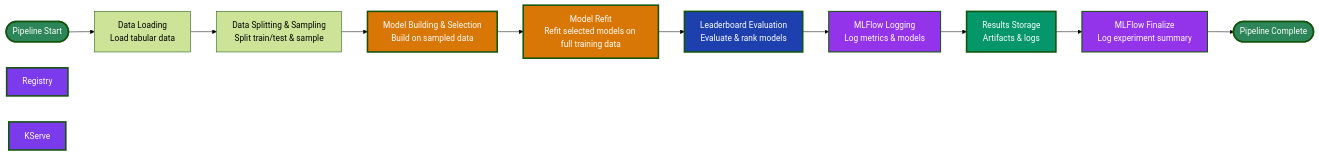
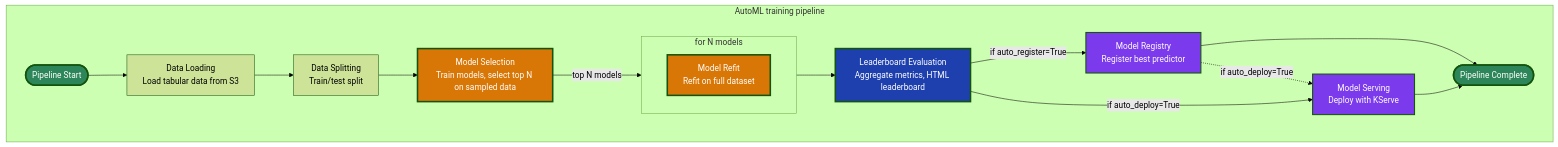
The diagram in architecture-decision-records/automl/ODH-ADR-0001-automl.md (opendatahub-io/architecture-decision-records), drawn with Mermaid (forest theme) before and after one commit. The commit also changed other lines of this file, not shown here.

Commit message:
addressing Ana's feedback on autoML

````diff
--- a/architecture-decision-records/automl/ODH-ADR-0001-automl.md
+++ b/architecture-decision-records/automl/ODH-ADR-0001-automl.md
@@ -79,25 +80,28 @@
 ```mermaid
-flowchart LR
-    Start([Pipeline Start]) --> DataLoad["Data Loading<br/>Load tabular data"]
-    DataLoad --> DataSplit["Data Splitting & Sampling<br/>Split train/test & sample"]
-    DataSplit --> ModelBuild["Model Building & Selection<br/>Build on sampled data"]
-    ModelBuild --> ModelRefit["Model Refit<br/>Refit selected models on full training data"]
-    ModelRefit --> Leaderboard["Leaderboard Evaluation<br/>Evaluate & rank models"]
-    Leaderboard --> MLFlowLog["MLFlow Logging<br/>Log metrics & models"]
-    MLFlowLog --> ResultsStorage["Results Storage<br/>Artifacts & logs"]
-    ResultsStorage --> MLFlowFinal["MLFlow Finalize<br/>Log experiment summary"]
-    MLFlowFinal --> End([Pipeline Complete])
-    
-   
-    
+flowchart TB
+    subgraph pipeline["AutoML training pipeline"]
+        direction LR
+        Start([Pipeline Start]) --> DataLoad["Data Loading<br/>Load tabular data from S3"]
+        DataLoad --> DataSplit["Data Splitting<br/>Train/test split"]
+        DataSplit --> ModelSelect["Model Selection<br/>Train models, select top N on sampled data"]
+        ModelSelect -->|"top N models"| RefitLoop
+        subgraph RefitLoop["for N models"]
+            direction LR
+            ModelRefit["Model Refit<br/>Refit on full dataset"]
+        end
+        RefitLoop --> Leaderboard["Leaderboard Evaluation<br/>Aggregate metrics, HTML leaderboard"]
+        Leaderboard -->|"if auto_register=True"| ModelRegistry["Model Registry<br/>Register best predictor"]
+        ModelRegistry -.->|if auto_deploy=True| ModelServing
+        Leaderboard -->|"if auto_deploy=True"| ModelServing["Model Serving<br/>Deploy with KServe"]
+        ModelRegistry --> End([Pipeline Complete])
+        ModelServing --> End([Pipeline Complete])
+    end
+
     style Start fill:#2d8659,color:#fff,stroke-width:3px
     style End fill:#2d8659,color:#fff,stroke-width:3px
-    style ModelBuild fill:#d97706,color:#fff,stroke-width:3px
+    style ModelSelect fill:#d97706,color:#fff,stroke-width:3px
     style ModelRefit fill:#d97706,color:#fff,stroke-width:3px
     style Leaderboard fill:#1e40af,color:#fff,stroke-width:3px
-    style ResultsStorage fill:#059669,color:#fff,stroke-width:3px
-    style Registry fill:#7c3aed,color:#fff,stroke-width:3px
-    style KServe fill:#7c3aed,color:#fff,stroke-width:3px
-    style MLFlowLog fill:#9333ea,color:#fff,stroke-width:2px
-    style MLFlowFinal fill:#9333ea,color:#fff,stroke-width:2px
+    style ModelRegistry fill:#7c3aed,color:#fff,stroke-width:2px
+    style ModelServing fill:#7c3aed,color:#fff,stroke-width:2px
 ```
````
